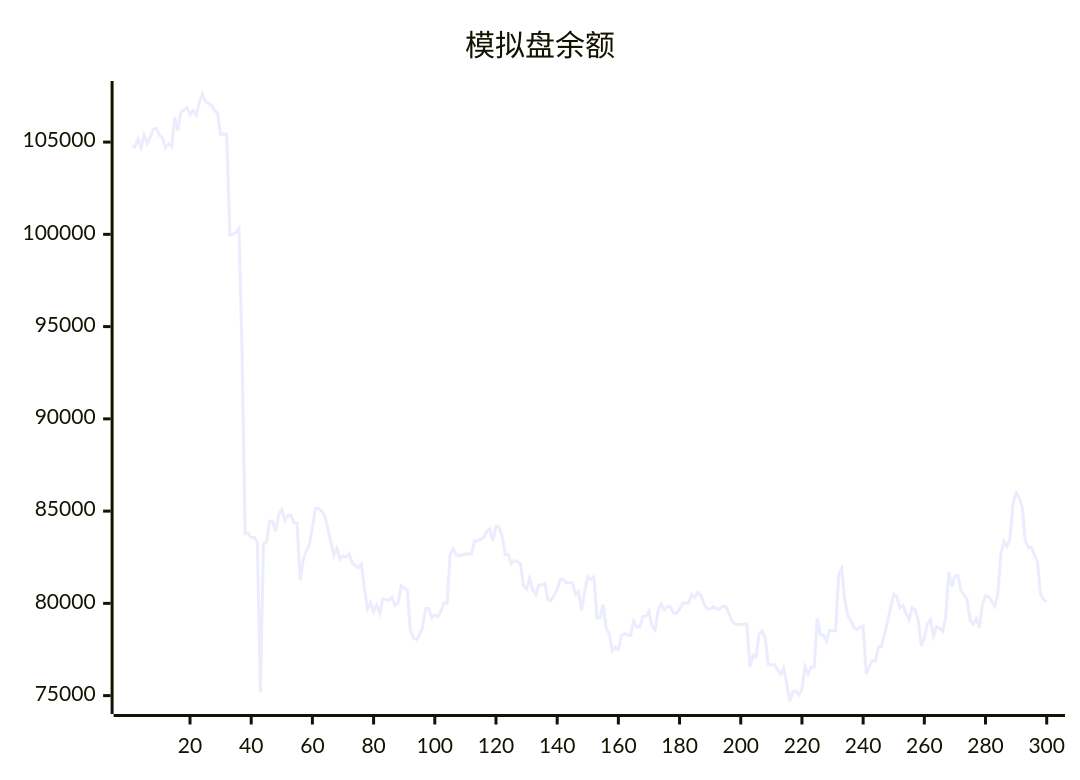
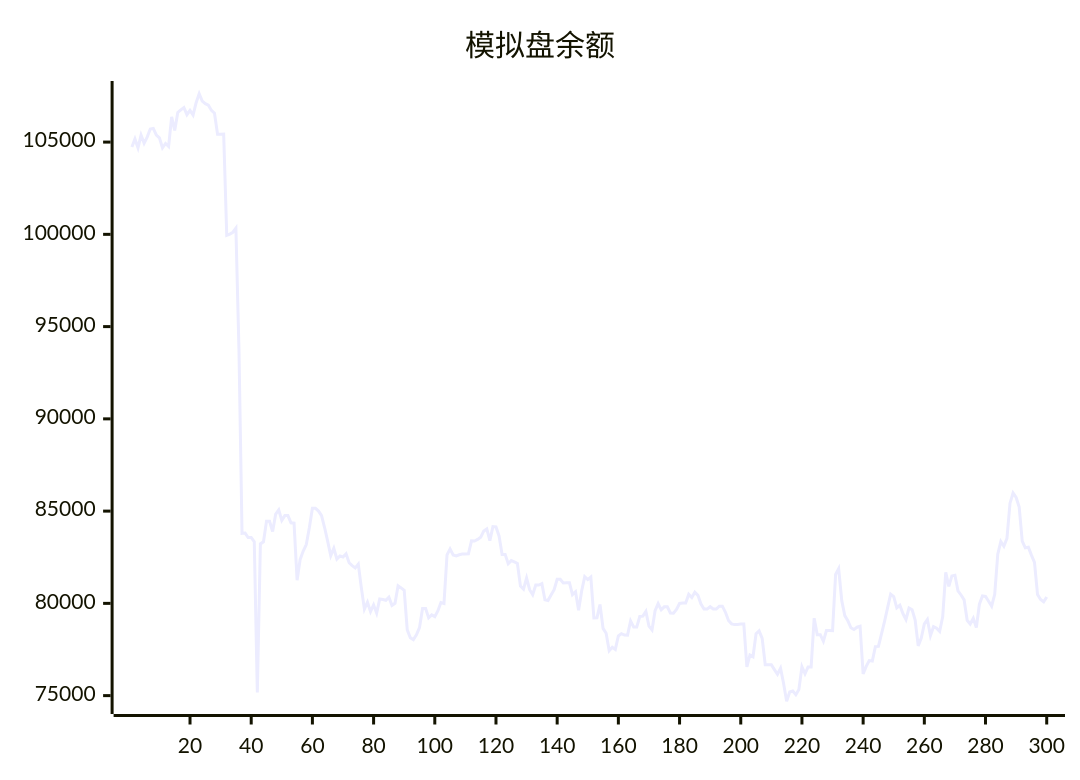
The diagram in README.md (aahl/ai-trading), drawn with Mermaid before and after one commit. The commit also changed other lines of this file and 1 other file, not shown here.

````diff
--- a/README.md
+++ b/README.md
@@ -5,5 +5,5 @@
 ```mermaid
 xychart
     title "模拟盘余额"
-    line [104796,104734,105169,104690,105380,104941,105272,105709,105739,105374,105227,104691,104924,104762,106364,105628,106608,106748,106872,106485,106721,106468,107132,107620,107224,107080,107001,106717,106567,105431,105431,105440,99950,100017,100113,100337,93749,83795,83807,83567,83567,83342,75168,83222,83336,84448,84449,83896,84839,85065,84499,84757,84757,84364,84347,81254,82385,82835,83184,84099,85150,85150,85002,84751,84096,83356,82582,82983,82404,82572,82512,82688,82200,82047,81920,82125,80840,79688,80060,79552,79920,79470,80236,80208,80170,80336,79894,80006,80954,80837,80712,78561,78139,78037,78293,78682,79720,79720,79214,79372,79279,79591,80046,79993,82625,82950,82626,82571,82633,82670,82670,82681,83386,83378,83464,83579,83920,84037,83402,84160,84142,83652,82655,82655,82145,82315,82243,82163,80934,80770,81371,80742,80468,80989,80989,81067,80191,80155,80450,80737,81309,81309,81106,81119,81119,80471,80631,79624,80670,81448,81290,81429,79212,79222,79940,78643,78380,77432,77623,77504,78235,78358,78284,78277,79048,78714,78714,79290,79308,79567,78763,78563,79603,79988,79652,79813,79813,79476,79469,79673,79995,80015,80015,80486,80314,80600,80436,79966,79689,79689,79819,79692,79692,79850,79850,79518,79071,78889,78850,78850,78878,78878,76554,77202,77103,78357,78510,78106,76678,76677,76672,76411,76159,76485,75656,74695,75197,75246,75052,75334,76564,76179,76553,76551,79196,78300,78300,77944,78531,78531,78521,81564,81884,80160,79335,79055,78675,78580,78708,78764,76179,76586,76902,76876,77658,77669,78346,79023,79769,80497,80366,79761,79896,79448,79126,79749,79658,79097,77695,78114,78888,79126,78249,78738,78653,78478,79271,81680,80923,81488,81527,80681,80455,80190,79084,78879,79193,78686,79954,80403,80374,80118,79848,80491,82665,83351,83098,83525,85430,85983,85737,85221,83378,83014,83043,82613,82216,80477,80208,80081]
+    line [104734,105169,104690,105380,104941,105272,105709,105739,105374,105227,104691,104924,104762,106364,105628,106608,106748,106872,106485,106721,106468,107132,107620,107224,107080,107001,106717,106567,105431,105431,105440,99950,100017,100113,100337,93749,83795,83807,83567,83567,83342,75168,83222,83336,84448,84449,83896,84839,85065,84499,84757,84757,84364,84347,81254,82385,82835,83184,84099,85150,85150,85002,84751,84096,83356,82582,82983,82404,82572,82512,82688,82200,82047,81920,82125,80840,79688,80060,79552,79920,79470,80236,80208,80170,80336,79894,80006,80954,80837,80712,78561,78139,78037,78293,78682,79720,79720,79214,79372,79279,79591,80046,79993,82625,82950,82626,82571,82633,82670,82670,82681,83386,83378,83464,83579,83920,84037,83402,84160,84142,83652,82655,82655,82145,82315,82243,82163,80934,80770,81371,80742,80468,80989,80989,81067,80191,80155,80450,80737,81309,81309,81106,81119,81119,80471,80631,79624,80670,81448,81290,81429,79212,79222,79940,78643,78380,77432,77623,77504,78235,78358,78284,78277,79048,78714,78714,79290,79308,79567,78763,78563,79603,79988,79652,79813,79813,79476,79469,79673,79995,80015,80015,80486,80314,80600,80436,79966,79689,79689,79819,79692,79692,79850,79850,79518,79071,78889,78850,78850,78878,78878,76554,77202,77103,78357,78510,78106,76678,76677,76672,76411,76159,76485,75656,74695,75197,75246,75052,75334,76564,76179,76553,76551,79196,78300,78300,77944,78531,78531,78521,81564,81884,80160,79335,79055,78675,78580,78708,78764,76179,76586,76902,76876,77658,77669,78346,79023,79769,80497,80366,79761,79896,79448,79126,79749,79658,79097,77695,78114,78888,79126,78249,78738,78653,78478,79271,81680,80923,81488,81527,80681,80455,80190,79084,78879,79193,78686,79954,80403,80374,80118,79848,80491,82665,83351,83098,83525,85430,85983,85737,85221,83378,83014,83043,82613,82216,80477,80208,80081,80348]
 ```
````
